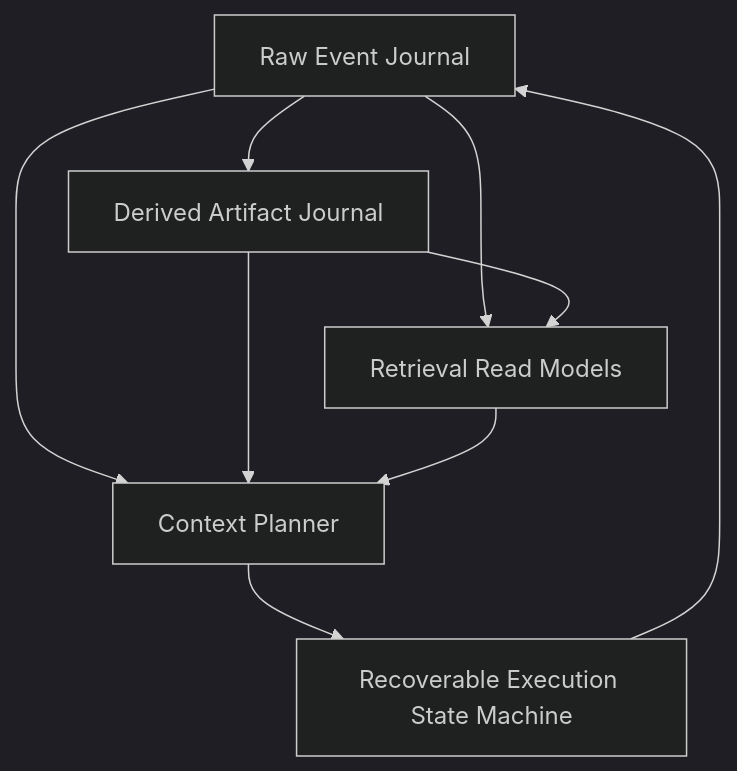
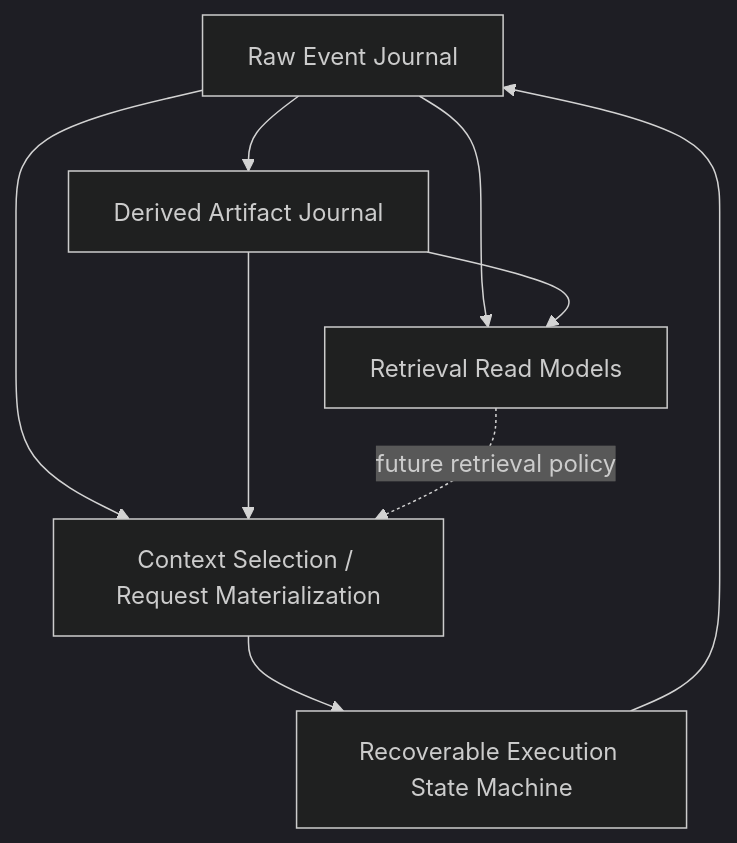
The first of 2 diagrams in docs/SessionJournal/event-sourced-session-architecture-roadmap.md (Atelia-org/atelia), drawn with Mermaid (dark theme) before and after one commit. The commit also changed other lines of this file and 1 other file, not shown here.

````diff
--- a/docs/SessionJournal/event-sourced-session-architecture-roadmap.md
+++ b/docs/SessionJournal/event-sourced-session-architecture-roadmap.md
@@ -120,11 +130,11 @@
 ```mermaid
 flowchart TD
     A[Raw Event Journal] --> B[Derived Artifact Journal]
     A --> C[Retrieval Read Models]
     B --> C
-    A --> D[Context Planner]
+    A --> D[Context Selection / Request Materialization]
     B --> D
-    C --> D
+    C -. future retrieval policy .-> D
     D --> E[Recoverable Execution State Machine]
     E --> A
 ```
````
